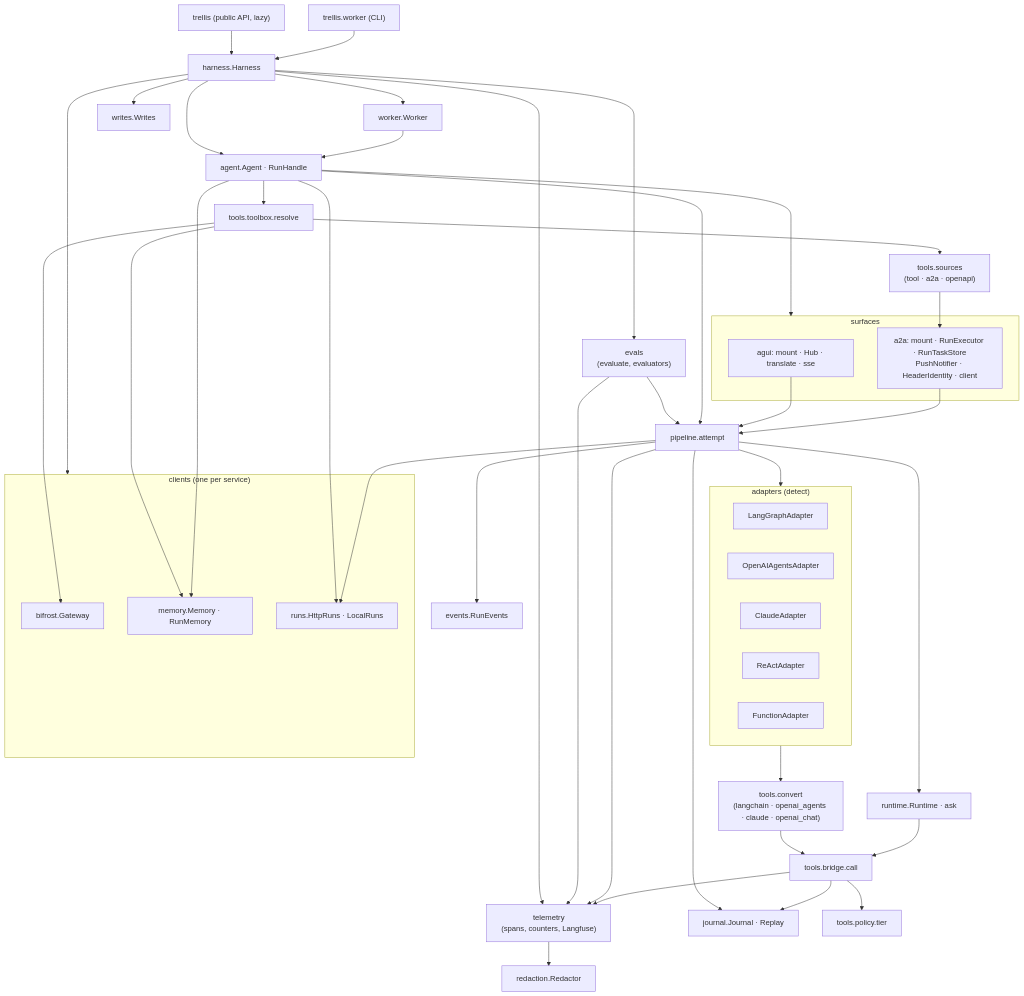
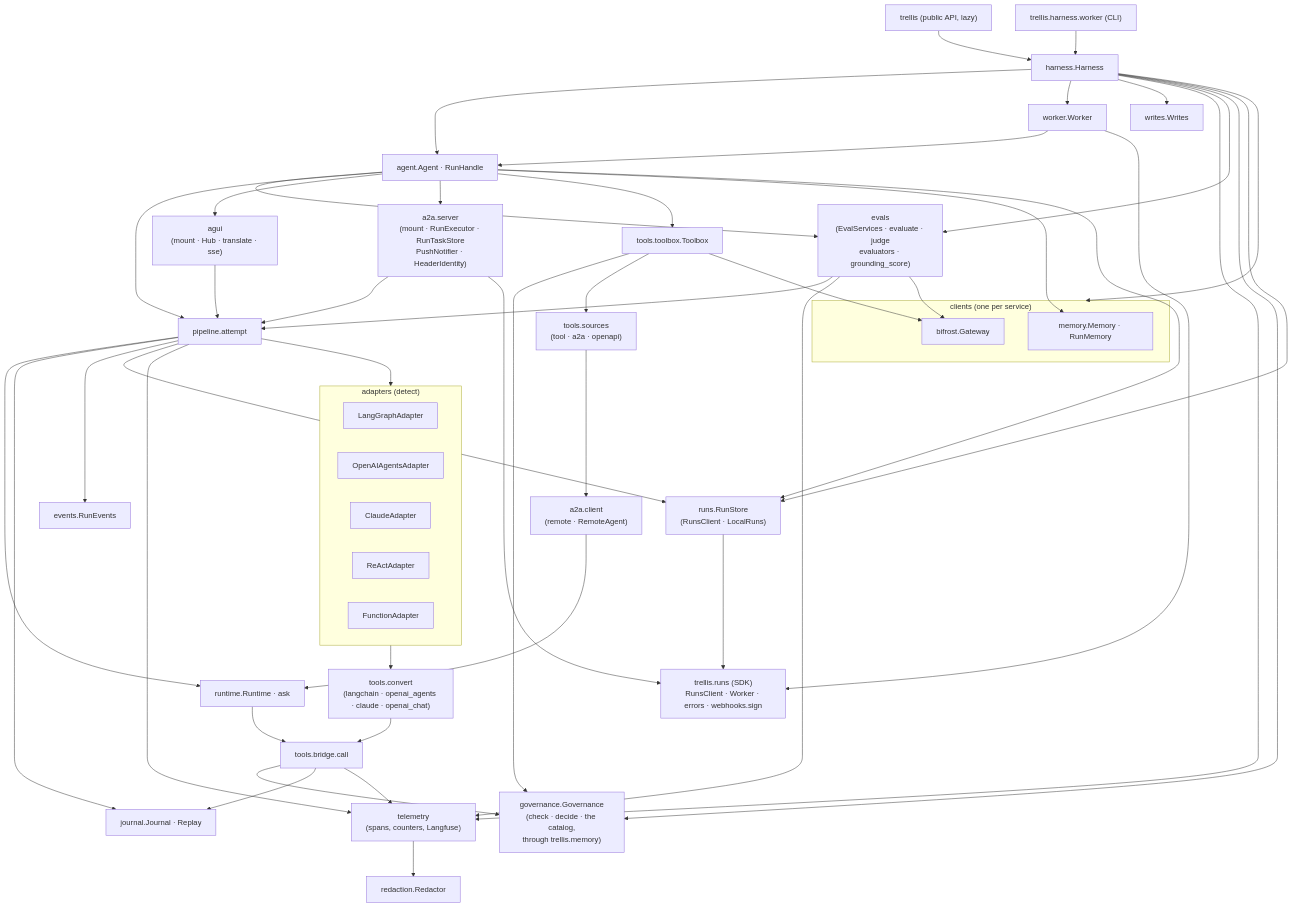
The third of 11 diagrams in ARCHITECTURE.md (amitmohapatra/agent-harness), drawn with Mermaid before and after one commit. The commit also changed other lines of this file and 138 other files, not shown here.

````diff
--- a/ARCHITECTURE.md
+++ b/ARCHITECTURE.md
@@ -93,54 +163,60 @@
 ```mermaid
 flowchart TB
   api["trellis (public API, lazy)"] --> harness["harness.Harness"]
-  cli["trellis.worker (CLI)"] --> harness
+  cli["trellis.harness.worker (CLI)"] --> harness
   harness --> agent["agent.Agent · RunHandle"]
   harness --> workerm["worker.Worker"]
   harness --> writes["writes.Writes"]
   harness --> telemetry["telemetry<br/>(spans, counters, Langfuse)"]
-  harness --> evals["evals<br/>(evaluate, evaluators)"]
+  harness --> evals["evals<br/>(EvalServices · evaluate · judge<br/>evaluators · grounding_score)"]
+  agent --> evals
   evals --> pipeline
   evals --> telemetry
+  evals --> bifrost
   workerm --> agent
+  workerm --> sdk
   agent --> pipeline["pipeline.attempt"]
-  agent --> surfaces
-  subgraph surfaces["surfaces"]
-    agui["agui: mount · Hub · translate · sse"]
-    a2a["a2a: mount · RunExecutor · RunTaskStore<br/>PushNotifier · HeaderIdentity · client"]
-  end
+  agent --> agui["agui<br/>(mount · Hub · translate · sse)"]
+  agent --> a2aserver["a2a.server<br/>(mount · RunExecutor · RunTaskStore<br/>PushNotifier · HeaderIdentity)"]
   agui --> pipeline
-  a2a --> pipeline
+  a2aserver --> pipeline
   pipeline --> runtime["runtime.Runtime · ask"]
   pipeline --> journal["journal.Journal · Replay"]
   pipeline --> events["events.RunEvents"]
   pipeline --> adapters
   subgraph adapters["adapters (detect)"]
     langgraph["LangGraphAdapter"]
     openai["OpenAIAgentsAdapter"]
     claude["ClaudeAdapter"]
     react["ReActAdapter"]
     function["FunctionAdapter"]
   end
   adapters --> convert["tools.convert<br/>(langchain · openai_agents · claude · openai_chat)"]
   convert --> bridge["tools.bridge.call"]
   runtime --> bridge
-  bridge --> policy["tools.policy.tier"]
+  bridge --> governance["governance.Governance<br/>(check · decide · the catalog,<br/>through trellis.memory)"]
   bridge --> journal
-  agent --> toolbox["tools.toolbox.resolve"]
+  harness --> governance
+  agent --> toolbox["tools.toolbox.Toolbox"]
+  toolbox --> governance
   toolbox --> sources["tools.sources<br/>(tool · a2a · openapi)"]
-  sources --> a2a
+  sources --> a2aclient["a2a.client<br/>(remote · RemoteAgent)"]
+  a2aclient --> runtime
   subgraph clients["clients (one per service)"]
     bifrost["bifrost.Gateway"]
     memory["memory.Memory · RunMemory"]
-    runs["runs.HttpRuns · LocalRuns"]
   end
+  runs["runs.RunStore<br/>(RunsClient · LocalRuns)"]
+  sdk["trellis.runs (SDK)<br/>RunsClient · Worker · errors · webhooks.sign"]
   toolbox --> bifrost
-  toolbox --> memory
   agent --> memory
   agent --> runs
   pipeline --> runs
   harness --> clients
+  harness --> runs
+  runs --> sdk
+  a2aserver --> sdk
   telemetry --> redaction["redaction.Redactor"]
   pipeline --> telemetry
   bridge --> telemetry
 ```
````
